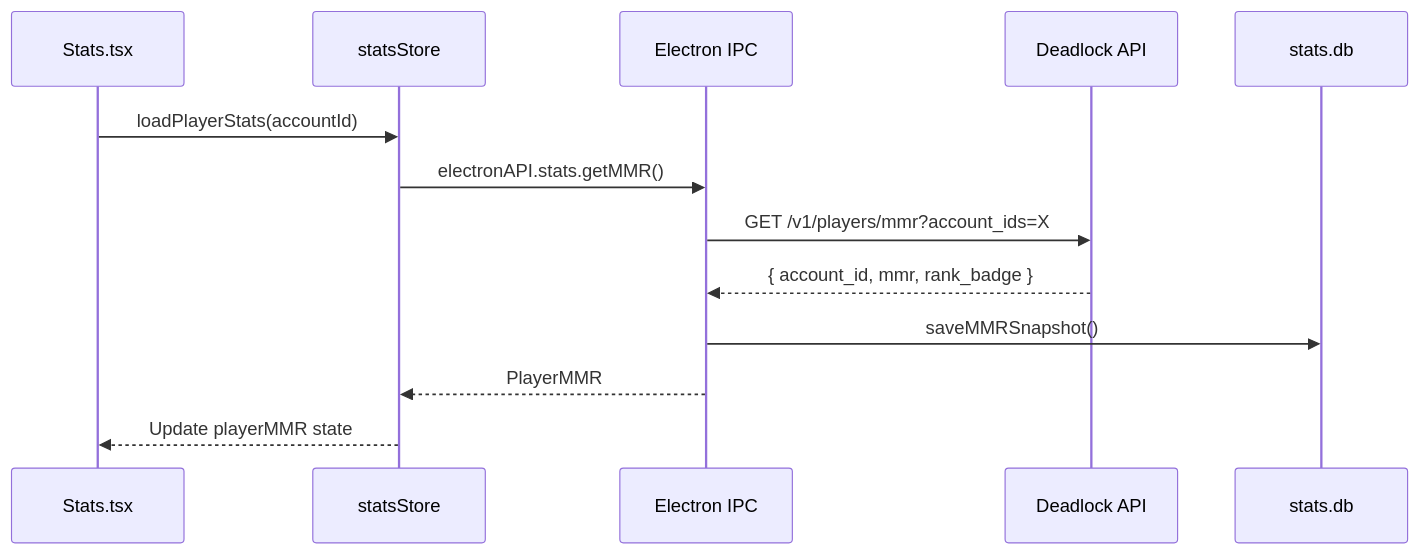
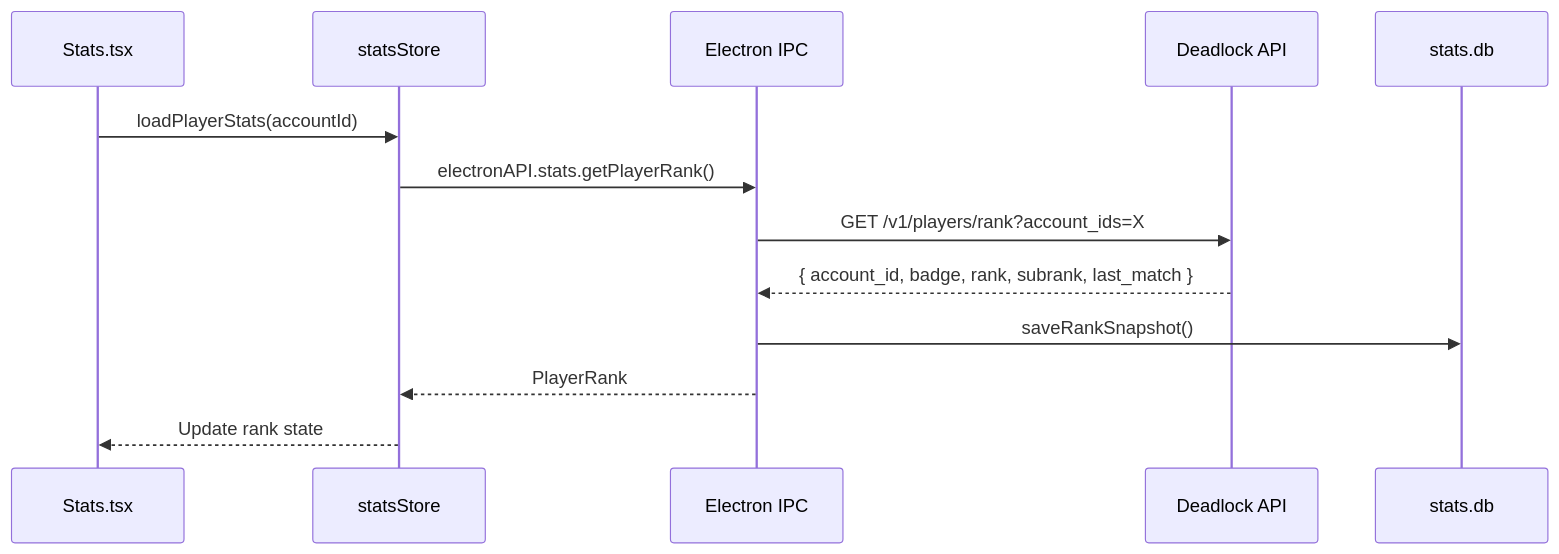
Before and after one commit to Slush97/grimoire: the third of 3 diagrams in docs/deadlock-api-architecture.md, drawn with Mermaid. The commit also changed other lines of this file and 33 other files, not shown here.

First line of the commit message:
fix(stats): switch to deadlock-api's rank endpoints, plus rank details, scoreboard, leaderboard seasons and crosshair codes (#575)

````diff
--- a/docs/deadlock-api-architecture.md
+++ b/docs/deadlock-api-architecture.md
@@ -156,16 +156,16 @@
 ```mermaid
 sequenceDiagram
     participant UI as Stats.tsx
     participant Store as statsStore
     participant IPC as Electron IPC
     participant API as Deadlock API
     participant DB as stats.db
 
     UI->>Store: loadPlayerStats(accountId)
-    Store->>IPC: electronAPI.stats.getMMR()
-    IPC->>API: GET /v1/players/mmr?account_ids=X
-    API-->>IPC: { account_id, mmr, rank_badge }
-    IPC->>DB: saveMMRSnapshot()
-    IPC-->>Store: PlayerMMR
-    Store-->>UI: Update playerMMR state
+    Store->>IPC: electronAPI.stats.getPlayerRank()
+    IPC->>API: GET /v1/players/rank?account_ids=X
+    API-->>IPC: { account_id, badge, rank, subrank, last_match }
+    IPC->>DB: saveRankSnapshot()
+    IPC-->>Store: PlayerRank
+    Store-->>UI: Update rank state
 ```
````
